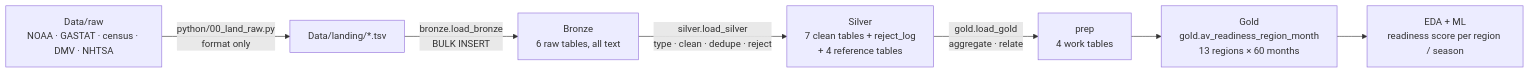
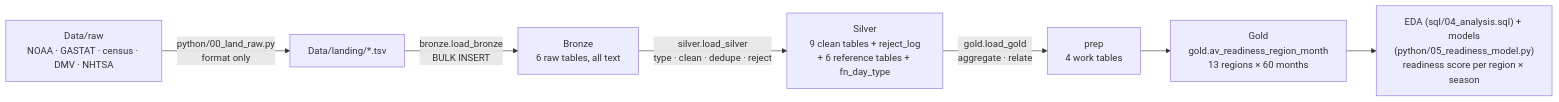
Before and after one commit to farahatsaafan/AV-Ready-Saudi: the diagram in docs/01_architecture_overview.md, drawn with Mermaid. The commit also changed other lines of this file and 12 other files, not shown here.

First line of the commit message:
Docs for design v2: ERD and proposed system, lineage, reports, data dictionary, sources, review note

````diff
--- a/docs/01_architecture_overview.md
+++ b/docs/01_architecture_overview.md
@@ -18,9 +17,9 @@
 ```mermaid
 flowchart LR
   RAW["Data/raw<br/>NOAA · GASTAT · census · DMV · NHTSA"] -->|python/00_land_raw.py<br/>format only| LAND["Data/landing/*.tsv"]
   LAND -->|bronze.load_bronze<br/>BULK INSERT| BR["Bronze<br/>6 raw tables, all text"]
-  BR -->|silver.load_silver<br/>type · clean · dedupe · reject| SI["Silver<br/>7 clean tables + reject_log<br/>+ 4 reference tables"]
+  BR -->|silver.load_silver<br/>type · clean · dedupe · reject| SI["Silver<br/>9 clean tables + reject_log<br/>+ 6 reference tables + fn_day_type"]
   SI -->|gold.load_gold<br/>aggregate · relate| PR["prep<br/>4 work tables"]
   PR --> GO["Gold<br/>gold.av_readiness_region_month<br/>13 regions × 60 months"]
-  GO --> ML["EDA + ML<br/>readiness score per region / season"]
+  GO --> ML["EDA (sql/04_analysis.sql) + models<br/>(python/05_readiness_model.py)<br/>readiness score per region × season"]
 ```
````
